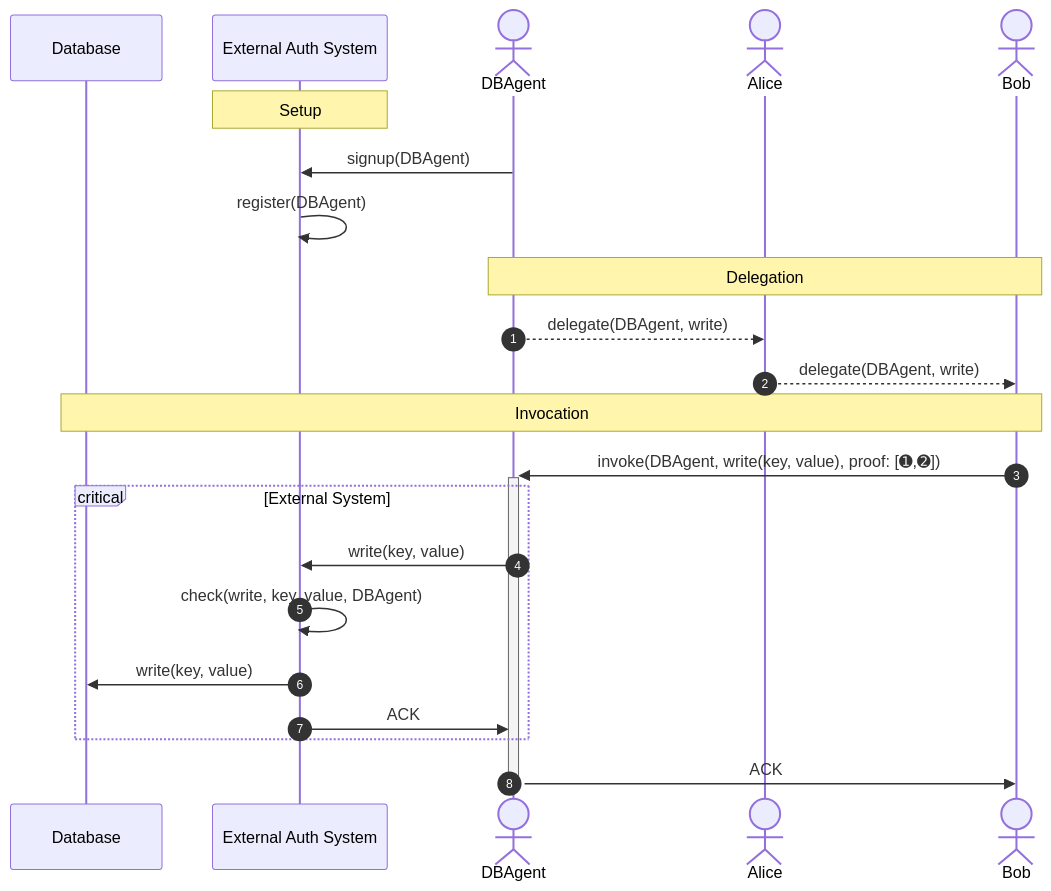
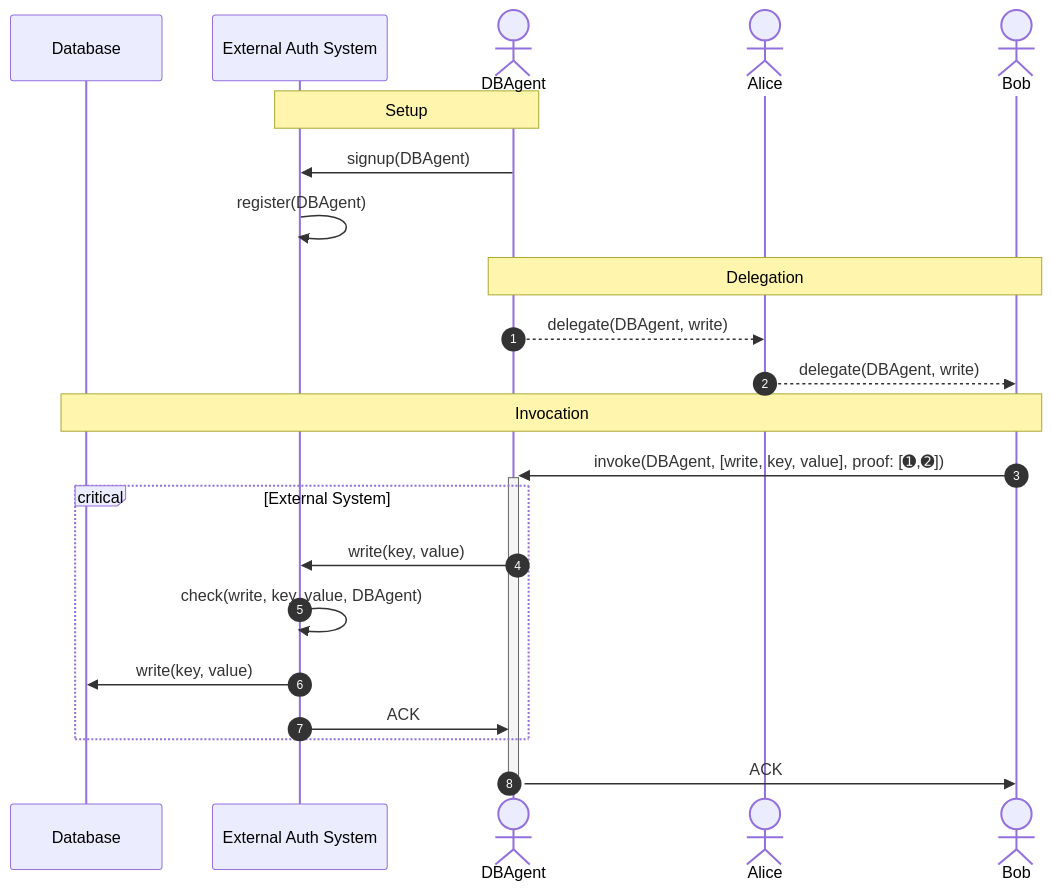
The third of 4 diagrams in README.md (michielbdejong/spec), drawn with Mermaid before and after one commit.

Commit message:
Clearer title section in diagram

````diff
--- a/README.md
+++ b/README.md
@@ -187,31 +187,31 @@
 ``` mermaid
 sequenceDiagram
     participant Database
     participant ACL as External Auth System
 
     actor DBAgent
     actor Alice
     actor Bob
 
-    Note over ACL: Setup
+    Note over ACL, DBAgent: Setup
     DBAgent ->> ACL: signup(DBAgent)
     ACL ->> ACL: register(DBAgent)
 
     autonumber 1
 
     Note over DBAgent, Bob: Delegation
     DBAgent -->> Alice: delegate(DBAgent, write)
     Alice -->> Bob: delegate(DBAgent, write)
 
     Note over Database, Bob: Invocation
-    Bob ->>+ DBAgent: invoke(DBAgent, write(key, value), proof: [➊,➋])
+    Bob ->>+ DBAgent: invoke(DBAgent, [write, key, value], proof: [➊,➋])
 
     critical External System
         DBAgent ->> ACL: write(key, value)
         ACL ->> ACL: check(write, key, value, DBAgent)
         ACL ->> Database: write(key, value)
         ACL ->> DBAgent: ACK
     end
 
     DBAgent ->>- Bob: ACK
 ```
````
